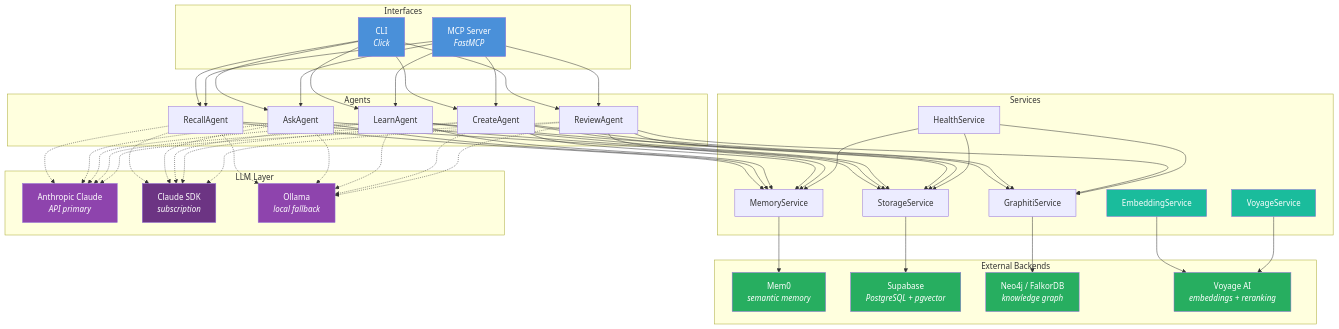
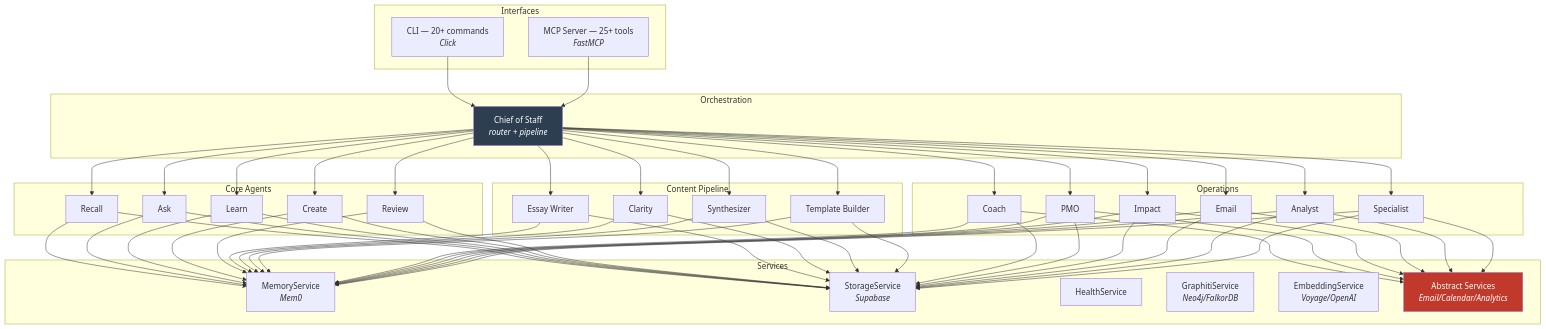
One commit to ryanjosebrosas/second-brain-ultimatum changed the third of 4 diagrams in README.md. Above: the diagram before and after it, drawn with Mermaid. The commit also changed other lines of this file and 27 other files, not shown here.

````diff
--- a/README.md
+++ b/README.md
@@ -262,66 +248,56 @@
 ```mermaid
 graph TD
     subgraph "Interfaces"
-        CLI["CLI<br/><i>Click</i>"]
-        MCP["MCP Server<br/><i>FastMCP</i>"]
+        CLI["CLI — 20+ commands<br/><i>Click</i>"]
+        MCP["MCP Server — 25+ tools<br/><i>FastMCP</i>"]
     end
 
-    subgraph "Agents"
-        RA["RecallAgent"]
-        AA["AskAgent"]
-        LA["LearnAgent"]
-        CA["CreateAgent"]
-        RV["ReviewAgent"]
+    subgraph "Orchestration"
+        COS["Chief of Staff<br/><i>router + pipeline</i>"]
+    end
+
+    subgraph "Core Agents"
+        RA["Recall"]
+        AA["Ask"]
+        LA["Learn"]
+        CA["Create"]
+        RV["Review"]
+    end
+
+    subgraph "Content Pipeline"
+        EW["Essay Writer"]
+        CL["Clarity"]
+        SY["Synthesizer"]
+        TB["Template Builder"]
+    end
+
+    subgraph "Operations"
+        CO["Coach"]
+        PM["PMO"]
+        IM["Impact"]
+        EM["Email"]
+        AN["Analyst"]
+        SP["Specialist"]
     end
 
     subgraph "Services"
-        MS["MemoryService"]
-        SS["StorageService"]
+        MS["MemoryService<br/><i>Mem0</i>"]
+        SS["StorageService<br/><i>Supabase</i>"]
         HS["HealthService"]
-        GS["GraphitiService"]
-        ES["EmbeddingService"]
-        VS["VoyageService"]
+        GS["GraphitiService<br/><i>Neo4j/FalkorDB</i>"]
+        ES["EmbeddingService<br/><i>Voyage/OpenAI</i>"]
+        AB["Abstract Services<br/><i>Email/Calendar/Analytics</i>"]
     end
 
-    subgraph "External Backends"
-        M0["Mem0<br/><i>semantic memory</i>"]
-        SB["Supabase<br/><i>PostgreSQL + pgvector</i>"]
-        N4["Neo4j / FalkorDB<br/><i>knowledge graph</i>"]
-        VA["Voyage AI<br/><i>embeddings + reranking</i>"]
-    end
-
-    subgraph "LLM Layer"
-        CLAUDE["Anthropic Claude<br/><i>API primary</i>"]
-        SDK["Claude SDK<br/><i>subscription</i>"]
-        OLLAMA["Ollama<br/><i>local fallback</i>"]
-    end
-
-    CLI --> RA & AA & LA & CA & RV
-    MCP --> RA & AA & LA & CA & RV
+    CLI & MCP --> COS
+    COS --> RA & AA & LA & CA & RV
+    COS --> EW & CL & SY & TB
+    COS --> CO & PM & IM & EM & AN & SP
 
     RA & AA & LA & CA & RV --> MS & SS
-    LA & CA & RV --> GS
+    EW & CL & SY & TB --> MS & SS
+    CO & PM & IM & EM & AN & SP --> MS & SS & AB
 
-    MS --> M0
-    SS --> SB
-    GS --> N4
-    ES --> VA
-    VS --> VA
-    HS --> SS & MS & GS
-
-    RA & AA & LA & CA & RV -.-> CLAUDE
-    RA & AA & LA & CA & RV -.-> SDK
-    RA & AA & LA & CA & RV -.-> OLLAMA
-
-    style CLI fill:#4a90d9,color:#fff
-    style MCP fill:#4a90d9,color:#fff
-    style CLAUDE fill:#8e44ad,color:#fff
-    style SDK fill:#6c3483,color:#fff
-    style OLLAMA fill:#8e44ad,color:#fff
-    style M0 fill:#27ae60,color:#fff
-    style SB fill:#27ae60,color:#fff
-    style N4 fill:#27ae60,color:#fff
-    style VA fill:#27ae60,color:#fff
-    style ES fill:#1abc9c,color:#fff
-    style VS fill:#1abc9c,color:#fff
+    style COS fill:#2c3e50,color:#fff
+    style AB fill:#c0392b,color:#fff
 ```
````
